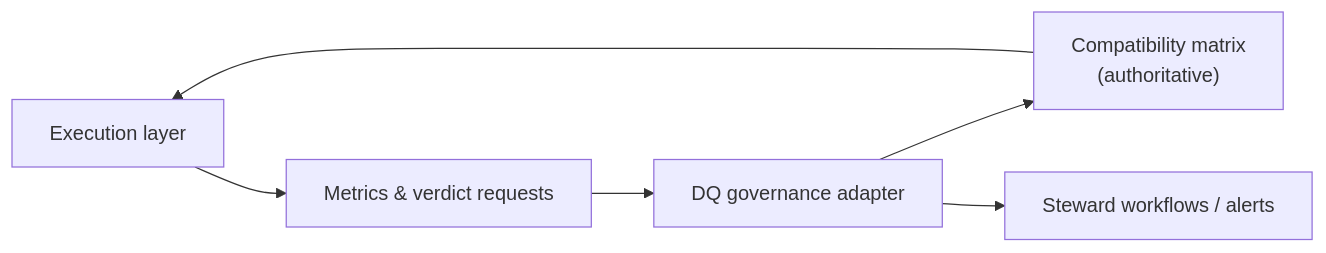
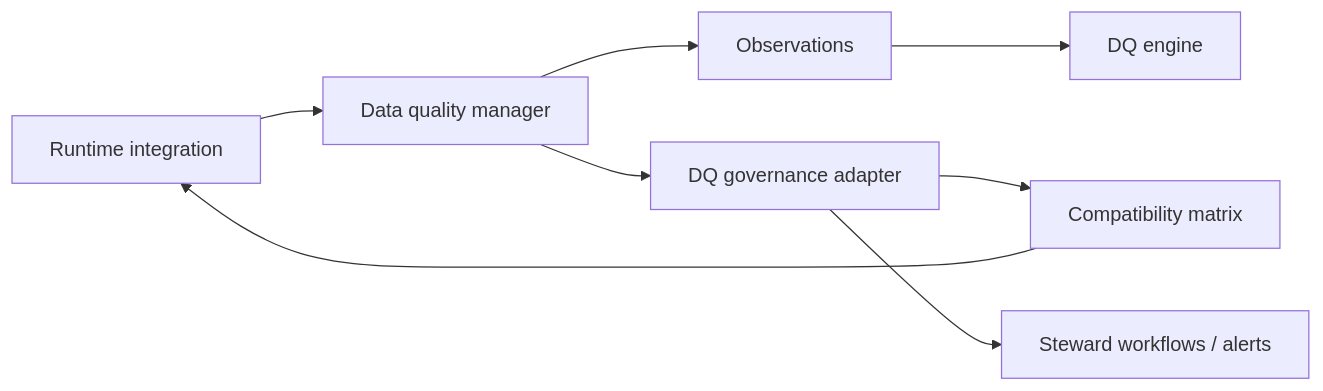
One commit to NextLab-SRL/dc43 changed the diagram in docs/component-data-quality-governance.md. Above: the diagram before and after it, drawn with Mermaid. The commit also changed other lines of this file and 17 other files, not shown here.

Commit message:
Fix data quality manager module docstring

````diff
--- a/docs/component-data-quality-governance.md
+++ b/docs/component-data-quality-governance.md
@@ -25,8 +25,10 @@
 ```mermaid
 flowchart LR
-    Runtime["Execution layer"] --> Metrics["Metrics & verdict requests"]
-    Metrics --> DQClient["DQ governance adapter"]
-    DQClient --> Catalog["Compatibility matrix\n(authoritative)"]
-    Catalog --> Runtime["Execution layer"]
+    Integration["Runtime integration"] --> DQMgr["Data quality manager"]
+    DQMgr --> Metrics["Observations"]
+    Metrics --> Engine["DQ engine"]
+    DQMgr --> DQClient["DQ governance adapter"]
+    DQClient --> Catalog["Compatibility matrix"]
+    Catalog --> Integration
     DQClient --> Stewardship["Steward workflows / alerts"]
 ```
````
